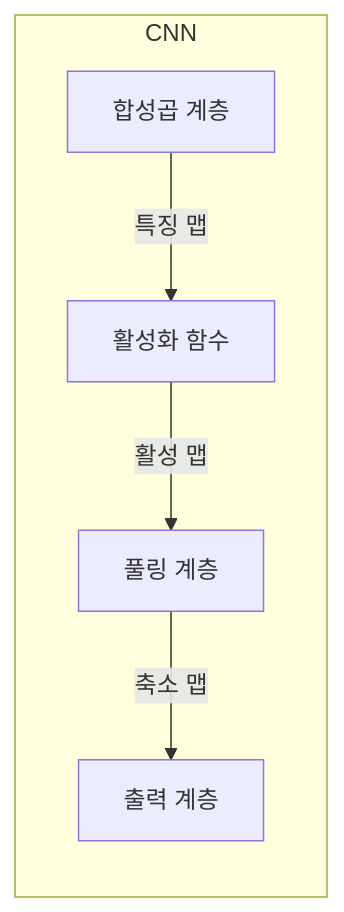
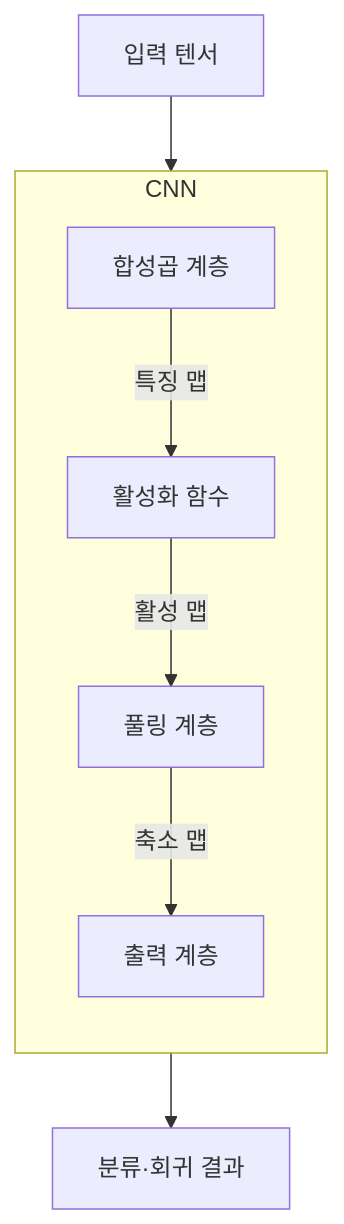
One commit to agnusdei1207/knowledge-base changed the first of 2 diagrams in src/content/docs/notes/01-basic-theory/043_cnn.md. Above: the diagram before and after it, drawn with Mermaid. The commit also changed other lines of this file and 19 other files, not shown here.

````diff
--- a/src/content/docs/notes/01-basic-theory/043_cnn.md
+++ b/src/content/docs/notes/01-basic-theory/043_cnn.md
@@ -66,13 +70,15 @@
 ```mermaid
 flowchart TB
     subgraph N[CNN]
         direction TB
         C[합성곱 계층]
         A[활성화 함수]
         P[풀링 계층]
         H[출력 계층]
         C -->|특징 맵| A
         A -->|활성 맵| P
         P -->|축소 맵| H
     end
+    I[입력 텐서] --> C
+    H --> O[분류·회귀 결과]
 ```
````
